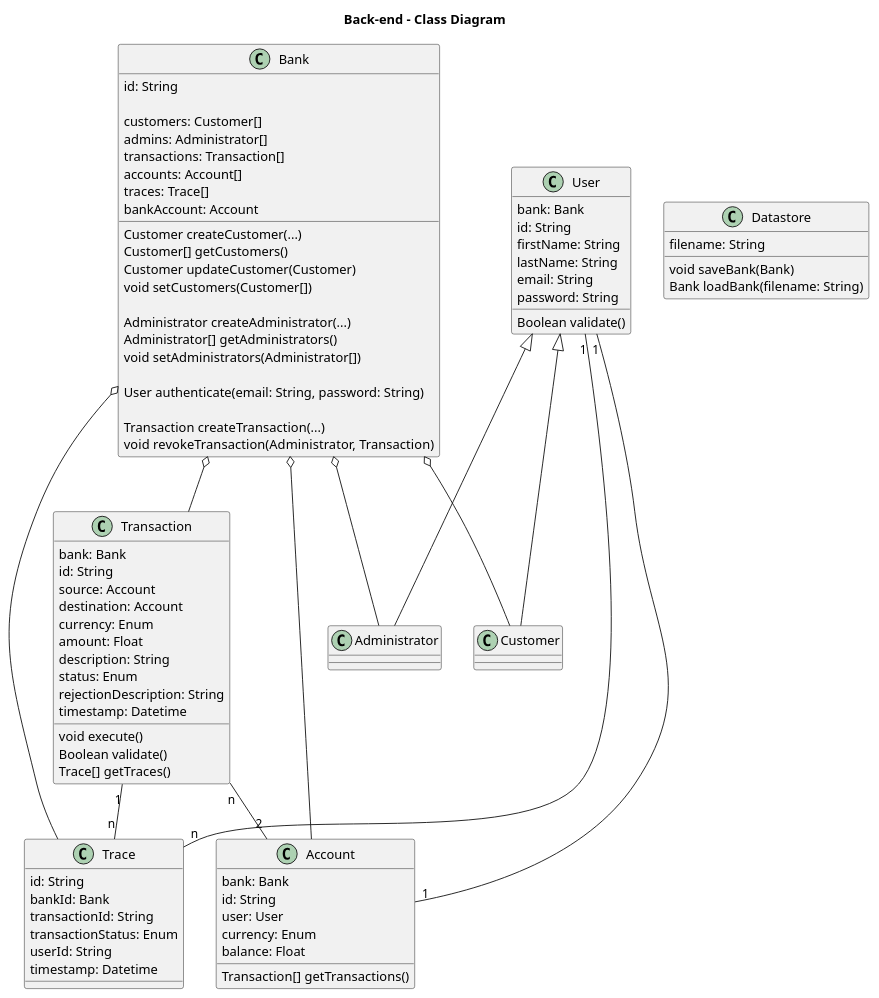
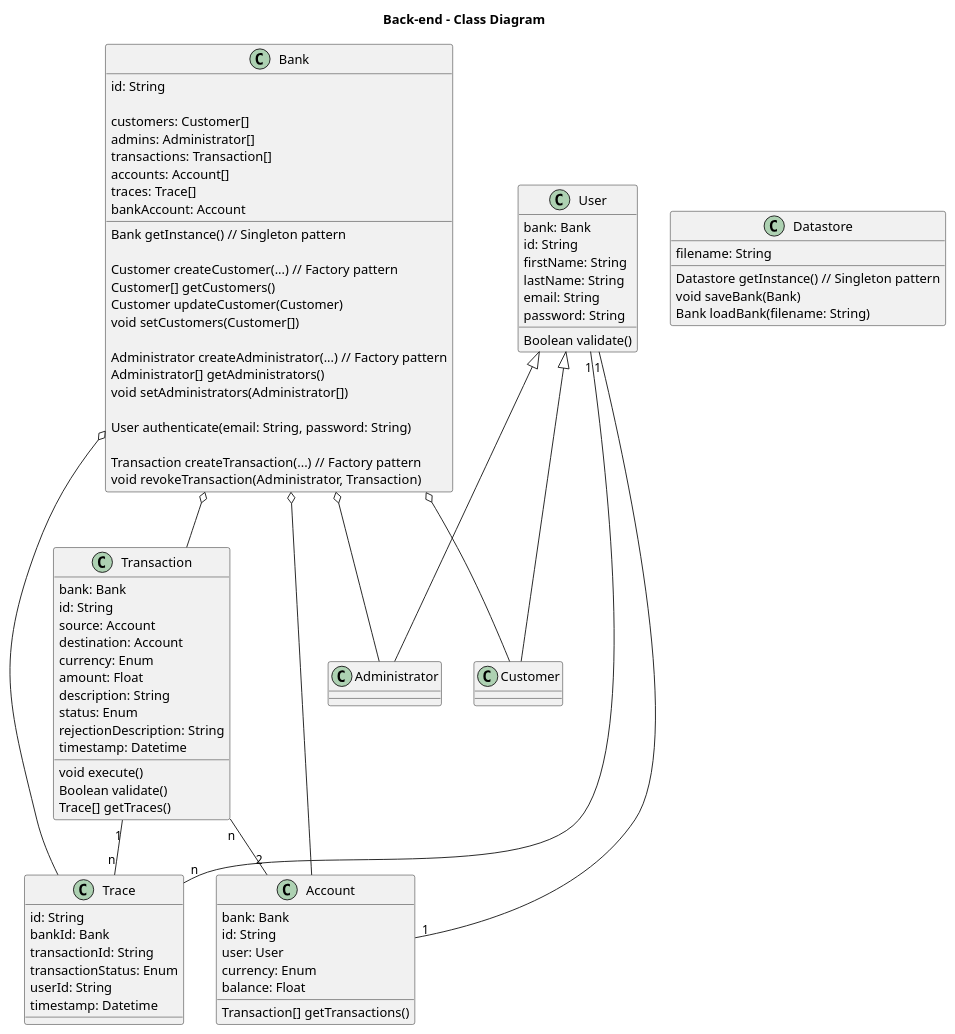
Before and after one commit to Sysmod-2021/bankappbackend: the diagram in docs/classes/backend-classes.plantuml, drawn with PlantUML. The commit also changed 1 other file, not shown here.

Commit message:
#30 Updating the class diagram

```diff
--- a/docs/classes/backend-classes.plantuml
+++ b/docs/classes/backend-classes.plantuml
@@ -1,102 +1,105 @@
 @startuml
 
 title Back-end - Class Diagram
 
 class Bank {
     id: String
 
     customers: Customer[]
     admins: Administrator[]
     transactions: Transaction[]
     accounts: Account[]
     traces: Trace[]
     bankAccount: Account
+
+    Bank getInstance() // Singleton pattern
     
-    Customer createCustomer(...)
+    Customer createCustomer(...) // Factory pattern
     Customer[] getCustomers()
     Customer updateCustomer(Customer)
     void setCustomers(Customer[])
     
-    Administrator createAdministrator(...)
+    Administrator createAdministrator(...) // Factory pattern
     Administrator[] getAdministrators()
     void setAdministrators(Administrator[])
     
     User authenticate(email: String, password: String)
 
-    Transaction createTransaction(...)
+    Transaction createTransaction(...) // Factory pattern
     void revokeTransaction(Administrator, Transaction)
 }
 
 class User {
     bank: Bank
     id: String
     firstName: String
     lastName: String
     email: String
     password: String
 
     Boolean validate()
 }
 
 class Customer {
 }
 
 class Administrator {
 }
 
 class Account {
     bank: Bank
     id: String
     user: User
     currency: Enum
     balance: Float
 
     Transaction[] getTransactions()
 }
 
 class Transaction {
     bank: Bank
     id: String
     source: Account
     destination: Account
     currency: Enum
     amount: Float
     description: String
     status: Enum
     rejectionDescription: String
     timestamp: Datetime
 
     void execute()
     Boolean validate()
     Trace[] getTraces()
 }
 
 class Trace {
     id: String
     bankId: Bank
     transactionId: String
     transactionStatus: Enum
     userId: String
     timestamp: Datetime
 }
 
 class Datastore {
     filename: String
 
+    Datastore getInstance() // Singleton pattern
     void saveBank(Bank)
     Bank loadBank(filename: String)
 }
 
 Bank o-- Customer
 Bank o-- Administrator
 Bank o-- Transaction
 Bank o-- Account
 Bank o-- Trace
 User <|-- Customer
 User <|-- Administrator
 User "1" -- "1" Account
 Transaction "n" -- "2" Account
 Transaction "1" -- "n" Trace
 User "1" -- "n" Trace
 
 @enduml
```
